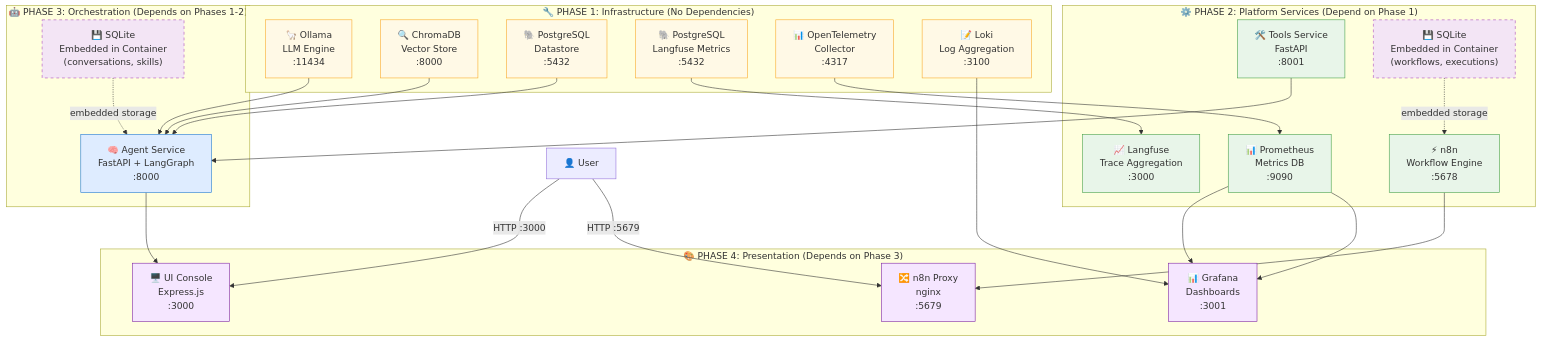
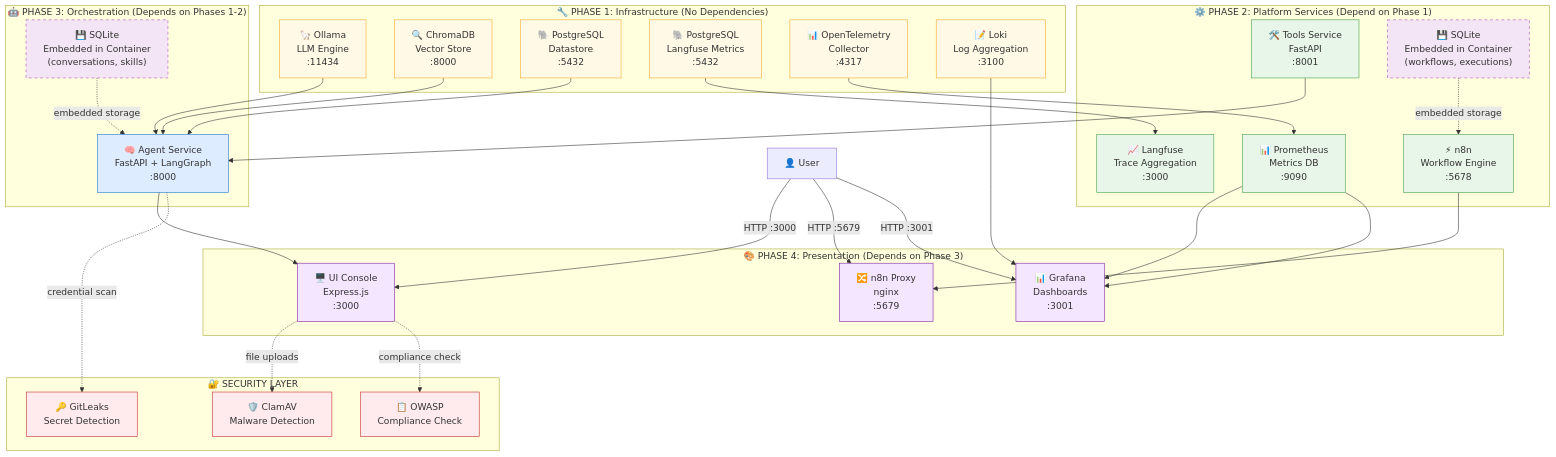
Before and after one commit to rachit0412/agentic-platform: the first of 4 diagrams in docs/ARCHITECTURE.md, drawn with Mermaid. The commit also changed other lines of this file and 2 other files, not shown here.

First line of the commit message:
Enhance documentation with comprehensive flow diagrams and architecture details

````diff
--- a/docs/ARCHITECTURE.md
+++ b/docs/ARCHITECTURE.md
@@ -21,62 +20,75 @@
 ```mermaid
 graph TB
     subgraph Phase1["🔧 PHASE 1: Infrastructure (No Dependencies)"]
         Ollama["🦙 Ollama<br/>LLM Engine<br/>:11434"]
         ChromaDB["🔍 ChromaDB<br/>Vector Store<br/>:8000"]
         DatastoreDB["🐘 PostgreSQL<br/>Datastore<br/>:5432"]
         LangfuseDB["🐘 PostgreSQL<br/>Langfuse Metrics<br/>:5432"]
         OTEL["📊 OpenTelemetry<br/>Collector<br/>:4317"]
         Loki["📝 Loki<br/>Log Aggregation<br/>:3100"]
     end
     
-    subgraph Phase2["⚙️  PHASE 2: Platform Services (Depend on Phase 1)"]
-        ToolsService["🛠️  Tools Service<br/>FastAPI<br/>:8001"]
+    subgraph Phase2["⚙️ PHASE 2: Platform Services (Depend on Phase 1)"]
+        ToolsService["🛠️ Tools Service<br/>FastAPI<br/>:8001"]
         N8N["⚡ n8n<br/>Workflow Engine<br/>:5678"]
         N8NStorage["💾 SQLite<br/>Embedded in Container<br/>(workflows, executions)"]
         Langfuse["📈 Langfuse<br/>Trace Aggregation<br/>:3000"]
         Prometheus["📊 Prometheus<br/>Metrics DB<br/>:9090"]
     end
     
     subgraph Phase3["🤖 PHASE 3: Orchestration (Depends on Phases 1-2)"]
         AgentService["🧠 Agent Service<br/>FastAPI + LangGraph<br/>:8000"]
         AgentMemory["💾 SQLite<br/>Embedded in Container<br/>(conversations, skills)"]
     end
     
     subgraph Phase4["🎨 PHASE 4: Presentation (Depends on Phase 3)"]
-        UIConsole["🖥️  UI Console<br/>Express.js<br/>:3000"]
+        UIConsole["🖥️ UI Console<br/>Express.js<br/>:3000"]
         N8NProxy["🔀 n8n Proxy<br/>nginx<br/>:5679"]
         Grafana["📊 Grafana<br/>Dashboards<br/>:3001"]
+    end
+    
+    subgraph SecurityLayer["🔐 SECURITY LAYER"]
+        ClamAV["🛡️ ClamAV<br/>Malware Detection"]
+        GitLeaks["🔑 GitLeaks<br/>Secret Detection"]
+        OWASP["📋 OWASP<br/>Compliance Check"]
     end
     
     DatastoreDB --> AgentService
     ChromaDB --> AgentService
     Ollama --> AgentService
     ToolsService --> AgentService
     LangfuseDB --> Langfuse
     OTEL --> Prometheus
     Loki --> Grafana
     Prometheus --> Grafana
     
     N8NStorage -.->|"embedded storage"| N8N
     AgentMemory -.->|"embedded storage"| AgentService
     
     AgentService --> UIConsole
     N8N --> N8NProxy
     Prometheus --> Grafana
     
+    UIConsole -.->|"file uploads"| ClamAV
+    AgentService -.->|"credential scan"| GitLeaks
+    UIConsole -.->|"compliance check"| OWASP
+    
     User["👤 User"]
     User -->|HTTP :3000| UIConsole
     User -->|HTTP :5679| N8NProxy
+    User -->|HTTP :3001| Grafana
     
     classDef infra fill:#FFF9E6,stroke:#F9A825
     classDef platform fill:#E8F5E9,stroke:#43A047
     classDef core fill:#DEECFF,stroke:#1976D2
     classDef ui fill:#F5E6FF,stroke:#7B1FA2
     classDef storage fill:#F3E5F5,stroke:#AB47BC,stroke-dasharray: 5 5
+    classDef security fill:#FFEBEE,stroke:#C62828
     
     class Ollama,ChromaDB,DatastoreDB,LangfuseDB,OTEL,Loki infra
     class ToolsService,N8N,Langfuse,Prometheus platform
     class AgentService core
     class UIConsole,N8NProxy,Grafana ui
     class N8NStorage,AgentMemory storage
+    class ClamAV,GitLeaks,OWASP security
 ```
````
